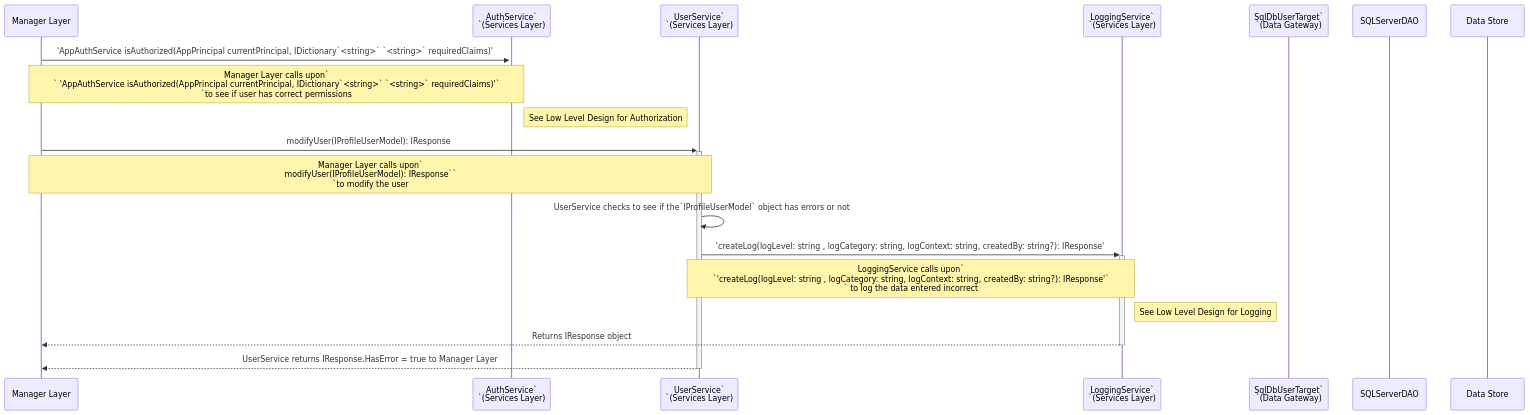
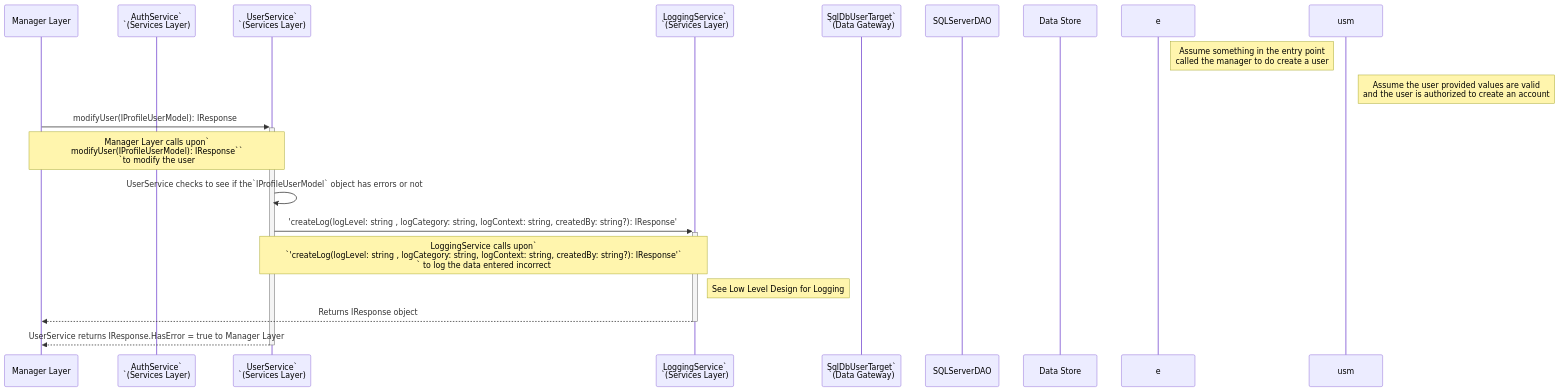
One commit to MNRainDrop/CECS-491A-Spec changed the diagram in Project Documents/Milestone 2/Low Level Design/User Administration Library/AccountModification/UserAdministrationLibrary_AccountModification_UserServiceFail.mmd. Above: the diagram before and after it, drawn with Mermaid. The commit also changed 12 other files, not shown here.

```diff
--- a/Project Documents/Milestone 2/Low Level Design/User Administration Library/AccountModification/UserAdministrationLibrary_AccountModification_UserServiceFail.mmd
+++ b/Project Documents/Milestone 2/Low Level Design/User Administration Library/AccountModification/UserAdministrationLibrary_AccountModification_UserServiceFail.mmd
@@ -1,31 +1,30 @@
 sequenceDiagram
 
     # See BRD UA-6 Account Modification
     # MethodName(varaibleName : dataType) : ReturnType
 
     participant ml as Manager Layer
     participant as as AuthService`<br>`(Services Layer)
     participant uc as UserService`<br>`(Services Layer)
     participant ls as LoggingService`<br>`(Services Layer)
     participant dg as SqlDbUserTarget`<br>`(Data Gateway)
     participant da as SQLServerDAO
     participant ds as Data Store
 
-    ml->>+as: 'AppAuthService isAuthorized(AppPrincipal currentPrincipal, IDictionary`<string>` `<string>` requiredClaims)'
-        Note over ml,as: Manager Layer calls upon`<br>`  'AppAuthService isAuthorized(AppPrincipal currentPrincipal, IDictionary`<string>` `<string>` requiredClaims)'`<br>`to see if user has correct permissions
-        Note right of as: See Low Level Design for Authorization
+    Note Right of e: Assume something in the entry point<br>called the manager to do create a user
+    Note Right of usm: Assume the user provided values are valid<br>and the user is authorized to create an account
 
     ml->>+uc:  modifyUser(IProfileUserModel): IResponse
         Note over ml,uc: Manager Layer calls upon`<br> modifyUser(IProfileUserModel): IResponse``<br>`to modify the user
 
     # UserService should check/ validate data passed through
     uc->>uc: UserService checks to see if the`IProfileUserModel` object has errors or not
 
     uc->>+ls:'createLog(logLevel: string , logCategory: string, logContext: string, createdBy: string?): IResponse'
         Note over uc,ls: LoggingService calls upon`<br>`'createLog(logLevel: string , logCategory: string, logContext: string, createdBy: string?): IResponse'`<br>` to log the data entered incorrect
         Note right of ls: See Low Level Design for Logging
 
     ls -->>- ml: Returns IResponse object
 
     # Data validiation finds error 
     uc -->>- ml: UserService returns IResponse.HasError = true to Manager Layer
```
